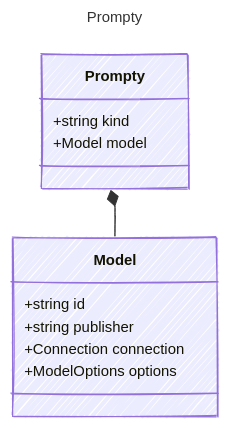
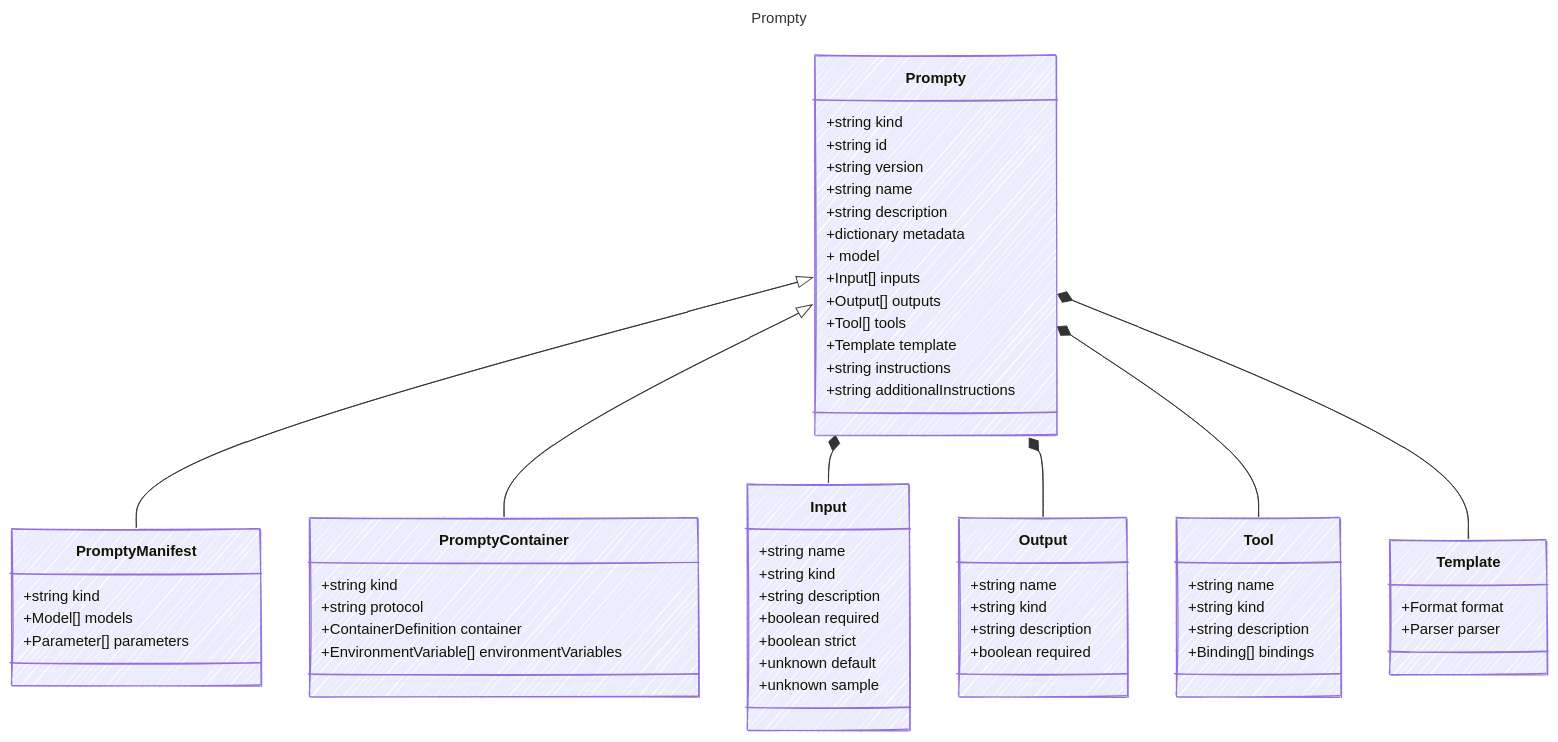
Before and after one commit to microsoft/prompty: the diagram in specification/prompty/docs/Prompty.md, drawn with Mermaid. The commit also changed other lines of this file and 6 other files, not shown here.

````diff
--- a/specification/prompty/docs/Prompty.md
+++ b/specification/prompty/docs/Prompty.md
@@ -12,23 +12,69 @@
 ```mermaid
 ---
 title: Prompty
 config:
   look: handDrawn
   theme: colorful
   class:
     hideEmptyMembersBox: true
 ---
 classDiagram
     class Prompty {
       
         +string kind
-        +Model model
+        +string id
+        +string version
+        +string name
+        +string description
+        +dictionary metadata
+        + model
+        +Input[] inputs
+        +Output[] outputs
+        +Tool[] tools
+        +Template template
+        +string instructions
+        +string additionalInstructions
     }
-    class Model {
-        +string id
-        +string publisher
-        +Connection connection
-        +ModelOptions options
+    class PromptyManifest {
+        +string kind
+        +Model[] models
+        +Parameter[] parameters
     }
-    Prompty *-- Model
+    Prompty <|-- PromptyManifest
+    class PromptyContainer {
+        +string kind
+        +string protocol
+        +ContainerDefinition container
+        +EnvironmentVariable[] environmentVariables
+    }
+    Prompty <|-- PromptyContainer
+    class Input {
+        +string name
+        +string kind
+        +string description
+        +boolean required
+        +boolean strict
+        +unknown default
+        +unknown sample
+    }
+    Prompty *-- Input
+    class Output {
+        +string name
+        +string kind
+        +string description
+        +boolean required
+    }
+    Prompty *-- Output
+    class Tool {
+        +string name
+        +string kind
+        +string description
+        +Binding[] bindings
+    }
+    Prompty *-- Tool
+    class Template {
+        +Format format
+        +Parser parser
+    }
+    Prompty *-- Template
 ```
````
